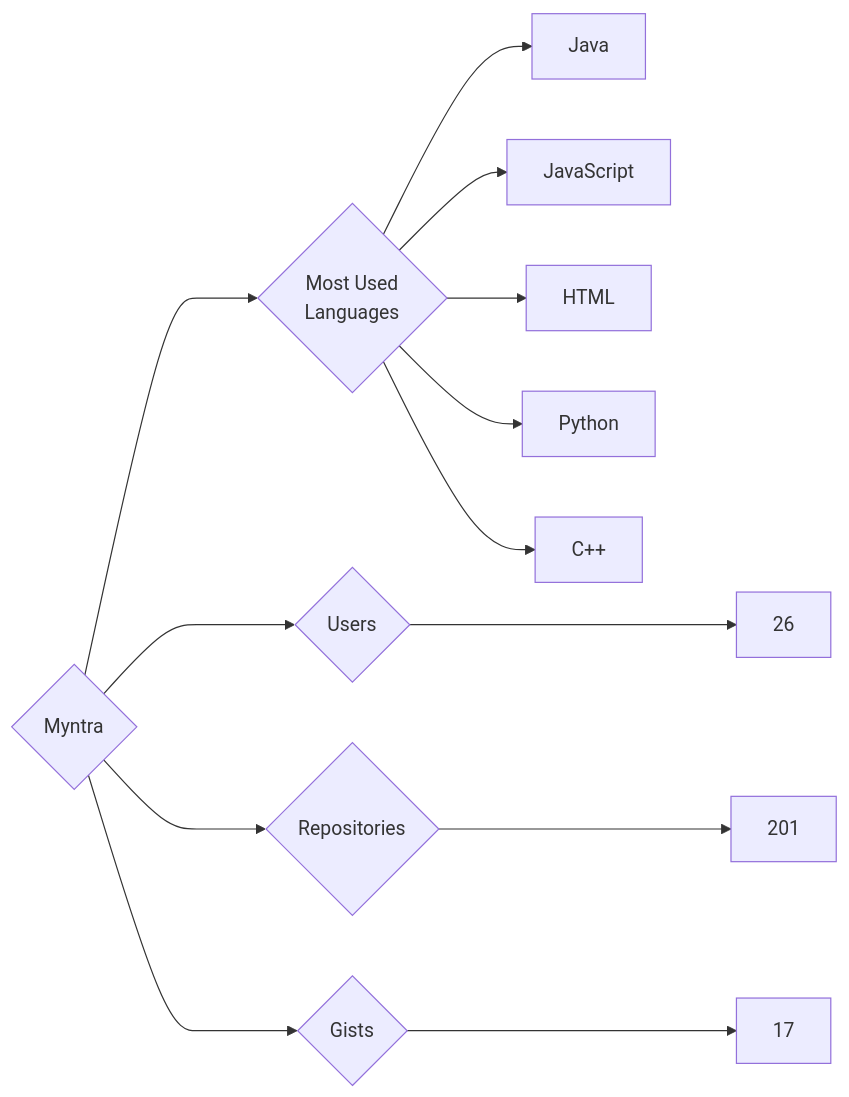
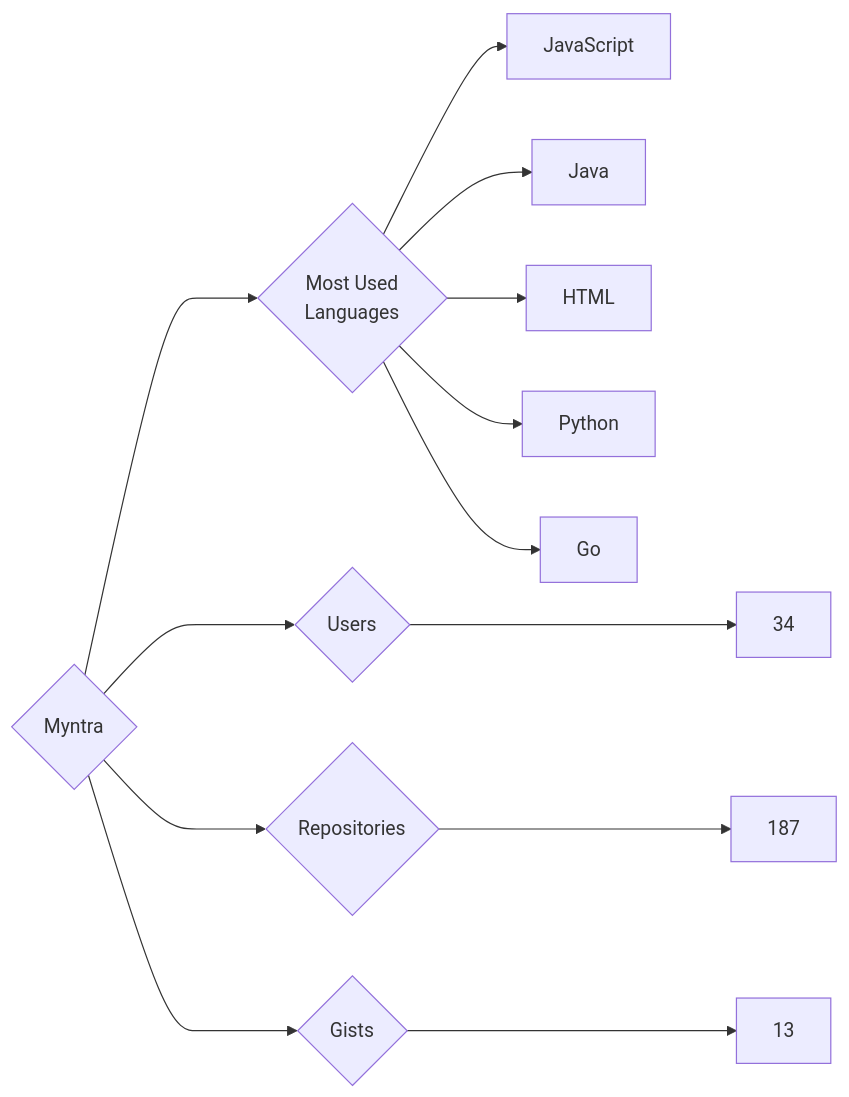
Before and after one commit to trickest/insiders: the diagram in targets/Myntra/README.md, drawn with Mermaid. The commit also changed 940 other files, not shown here.

````diff
--- a/targets/Myntra/README.md
+++ b/targets/Myntra/README.md
@@ -3,13 +3,13 @@
 ```mermaid
 graph LR
 COMPANY_NAME{Myntra}
-COMPANY_NAME ---> U{Users} ---> UN[26]
-COMPANY_NAME ---> R{Repositories} ---> RN[201]
-COMPANY_NAME ---> G{Gists} ---> GN[17]
+COMPANY_NAME ---> U{Users} ---> UN[34]
+COMPANY_NAME ---> R{Repositories} ---> RN[187]
+COMPANY_NAME ---> G{Gists} ---> GN[13]
 COMPANY_NAME ---> ML{Most Used<br>Languages}
+ML --> JavaScript[JavaScript]
 ML --> Java[Java]
-ML --> JavaScript[JavaScript]
 ML --> HTML[HTML]
 ML --> Python[Python]
-ML --> C++[C++]
+ML --> Go[Go]
 ```
````
